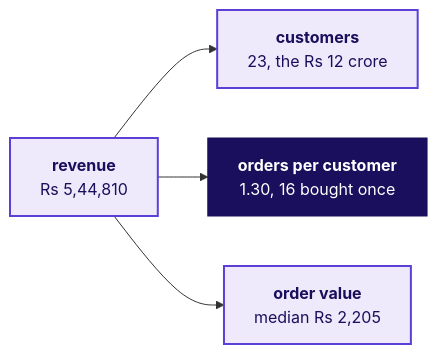
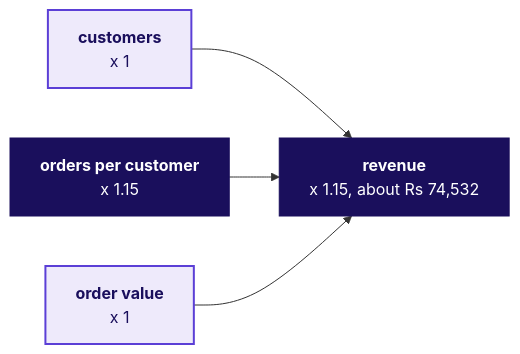
One commit to fde-academy-lab/c2-content-factory changed the fourth of 20 diagrams in content/W01/D1/slides/C2_W01_D01_half2_STUDENT.md. Above: the diagram before and after it, drawn with Mermaid. The commit also changed other lines of this file and 22 other files, not shown here.

````diff
--- a/content/W01/D1/slides/C2_W01_D01_half2_STUDENT.md
+++ b/content/W01/D1/slides/C2_W01_D01_half2_STUDENT.md
@@ -91,10 +192,10 @@
 ```mermaid
 flowchart LR
-    R["<b>revenue</b><br/>Rs 5,44,810"] --> C["<b>customers</b><br/>23, the Rs 12 crore"]
-    R --> F["<b>orders per customer</b><br/>1.30, 16 bought once"]
-    R --> A["<b>order value</b><br/>median Rs 2,205"]
+    C["<b>customers</b><br/>x 1"] --> R["<b>revenue</b><br/>x 1.15, about Rs 74,532"]
+    F["<b>orders per customer</b><br/>x 1.15"] --> R
+    A["<b>order value</b><br/>x 1"] --> R
     classDef known fill:#EEEAFB,stroke:#5B3FD6,color:#1A0F5C,stroke-width:2px
     classDef bet fill:#1A0F5C,stroke:#1A0F5C,color:#FFFFFF
-    class R,C,A known
-    class F bet
+    class C,A known
+    class F,R bet
 ```
````
